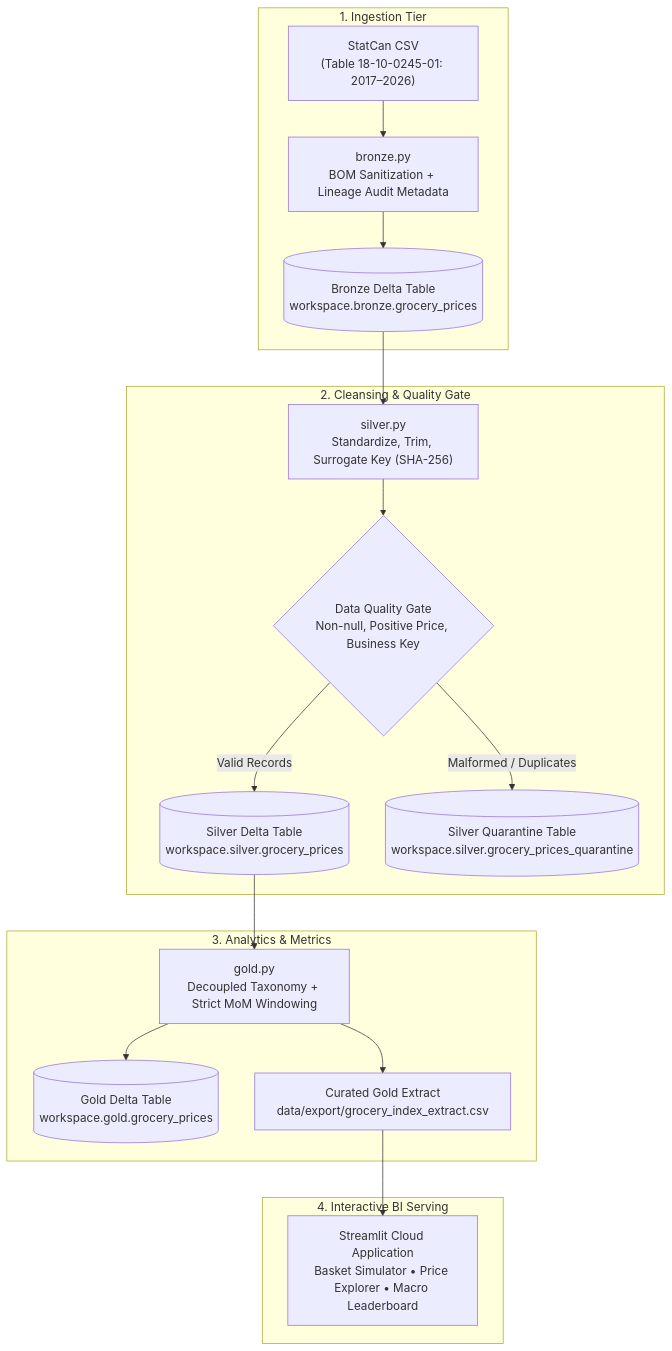
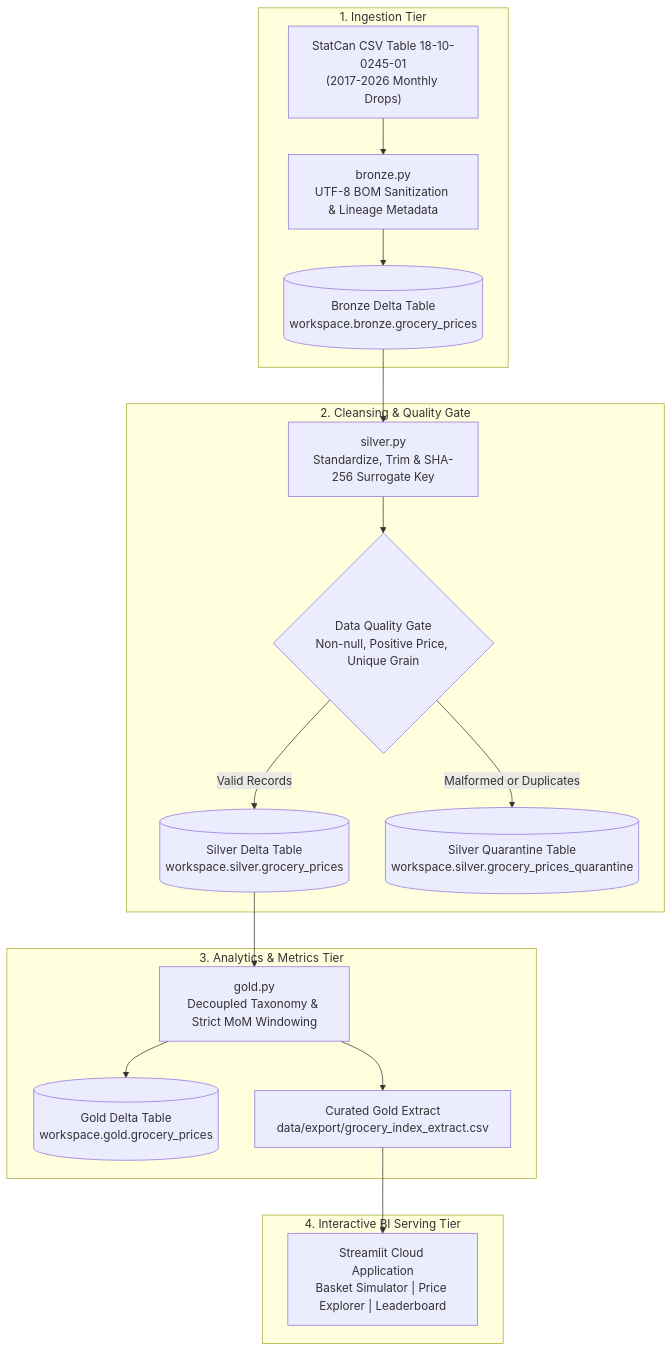
Before and after one commit to sathwikio/GII-Grocery-Intelligence-Index: the diagram in README.md, drawn with Mermaid.

Commit message:
docs: fix Mermaid diagram syntax and cross-subgraph edge parsing

````diff
--- a/README.md
+++ b/README.md
@@ -55,24 +55,36 @@
 ```mermaid
 flowchart TD
     subgraph Landing["1. Ingestion Tier"]
-        SourceCSV["StatCan CSV<br/>(Table 18-10-0245-01: 2017–2026)"] --> BronzeJob["bronze.py<br/>BOM Sanitization + Lineage Audit Metadata"]
-        BronzeJob --> BronzeDelta[("Bronze Delta Table<br/>workspace.bronze.grocery_prices")]
+        SourceCSV["StatCan CSV Table 18-10-0245-01<br/>(2017-2026 Monthly Drops)"]
+        BronzeJob["bronze.py<br/>UTF-8 BOM Sanitization & Lineage Metadata"]
+        BronzeDelta[("Bronze Delta Table<br/>workspace.bronze.grocery_prices")]
+        SourceCSV --> BronzeJob
+        BronzeJob --> BronzeDelta
     end
 
     subgraph SilverTier["2. Cleansing & Quality Gate"]
-        BronzeDelta --> SilverJob["silver.py<br/>Standardize, Trim, Surrogate Key (SHA-256)"]
-        SilverJob --> DQEngine{"Data Quality Gate<br/>Non-null, Positive Price, Business Key"}
-        DQEngine -->|Valid Records| SilverDelta[("Silver Delta Table<br/>workspace.silver.grocery_prices")]
-        DQEngine -->|Malformed / Duplicates| QuarantineDelta[("Silver Quarantine Table<br/>workspace.silver.grocery_prices_quarantine")]
+        SilverJob["silver.py<br/>Standardize, Trim & SHA-256 Surrogate Key"]
+        DQEngine{"Data Quality Gate<br/>Non-null, Positive Price, Unique Grain"}
+        SilverDelta[("Silver Delta Table<br/>workspace.silver.grocery_prices")]
+        QuarantineDelta[("Silver Quarantine Table<br/>workspace.silver.grocery_prices_quarantine")]
+        SilverJob --> DQEngine
+        DQEngine -->|Valid Records| SilverDelta
+        DQEngine -->|Malformed or Duplicates| QuarantineDelta
     end
 
-    subgraph GoldTier["3. Analytics & Metrics"]
-        SilverDelta --> GoldJob["gold.py<br/>Decoupled Taxonomy + Strict MoM Windowing"]
-        GoldJob --> GoldDelta[("Gold Delta Table<br/>workspace.gold.grocery_prices")]
-        GoldJob --> GoldExtract["Curated Gold Extract<br/>data/export/grocery_index_extract.csv"]
+    subgraph GoldTier["3. Analytics & Metrics Tier"]
+        GoldJob["gold.py<br/>Decoupled Taxonomy & Strict MoM Windowing"]
+        GoldDelta[("Gold Delta Table<br/>workspace.gold.grocery_prices")]
+        GoldExtract["Curated Gold Extract<br/>data/export/grocery_index_extract.csv"]
+        GoldJob --> GoldDelta
+        GoldJob --> GoldExtract
     end
 
-    subgraph ServingTier["4. Interactive BI Serving"]
-        GoldExtract --> StreamlitApp["Streamlit Cloud Application<br/>Basket Simulator • Price Explorer • Macro Leaderboard"]
+    subgraph ServingTier["4. Interactive BI Serving Tier"]
+        StreamlitApp["Streamlit Cloud Application<br/>Basket Simulator | Price Explorer | Leaderboard"]
     end
+
+    BronzeDelta --> SilverJob
+    SilverDelta --> GoldJob
+    GoldExtract --> StreamlitApp
 ```
````
